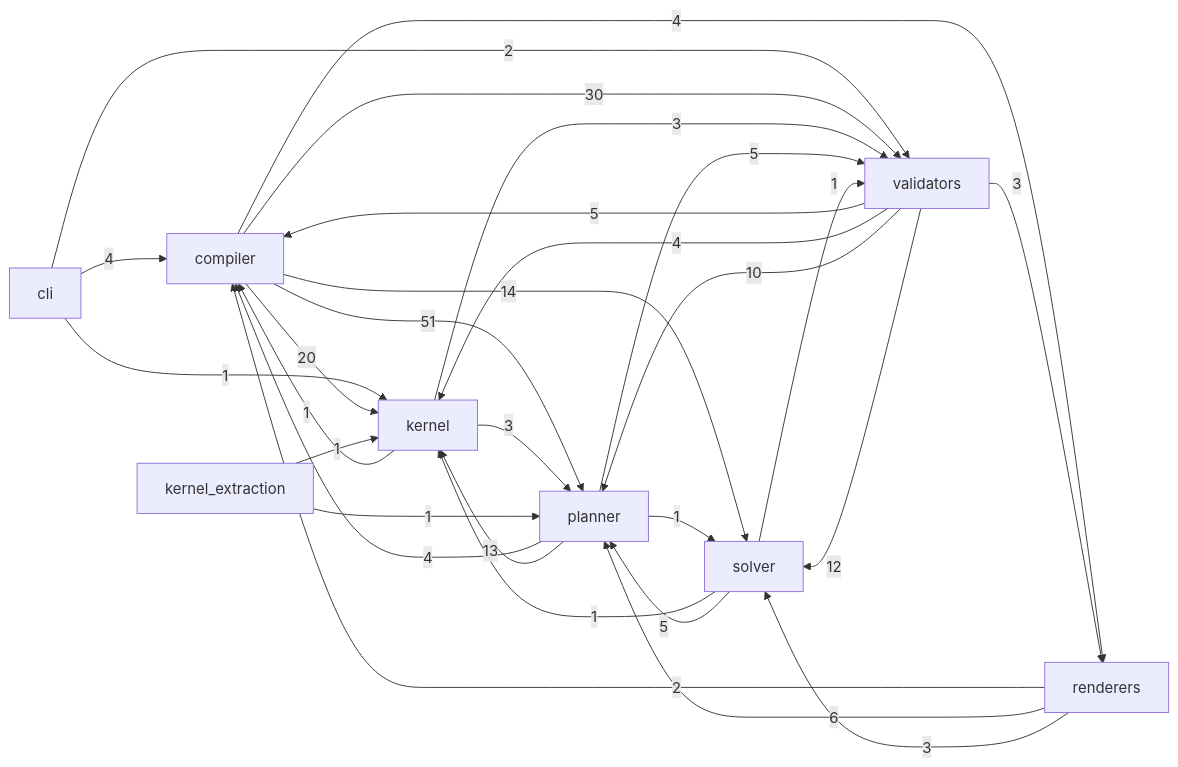
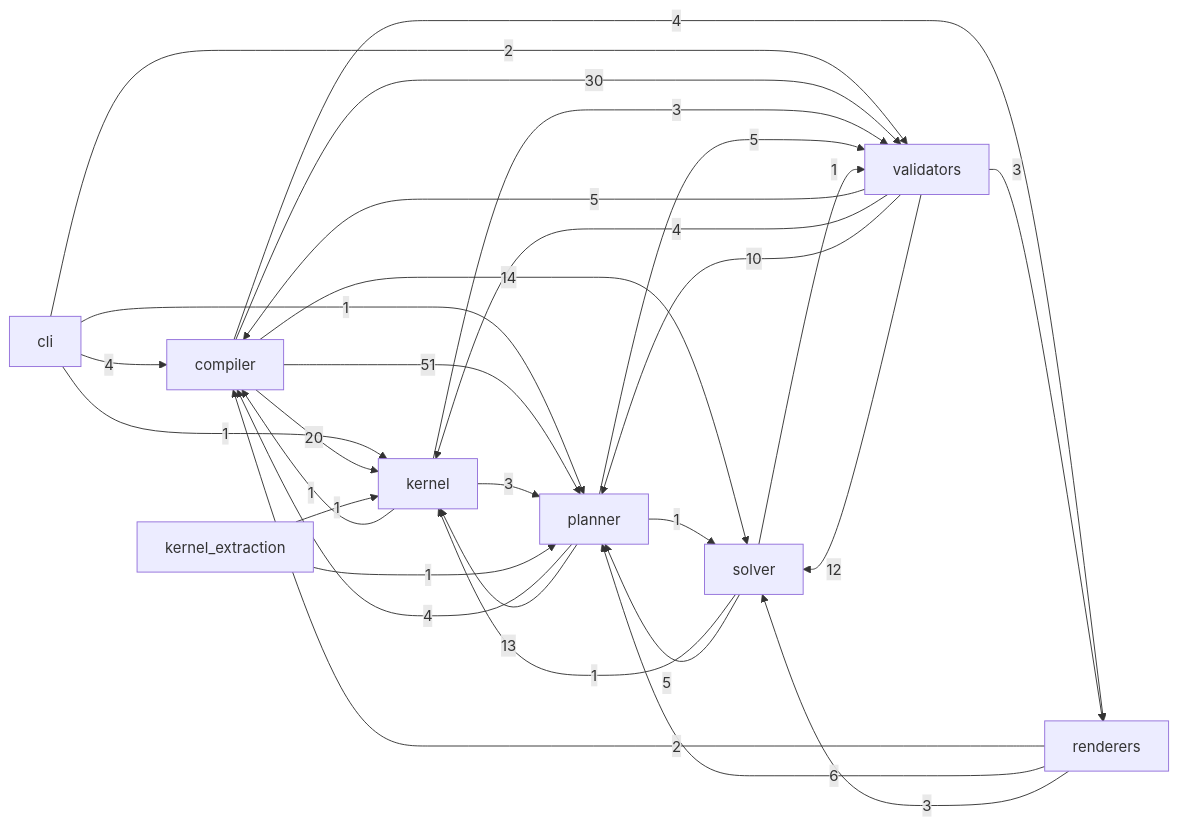
Before and after one commit to Kingsley-Cyber/cinematic-compiler-core: the diagram in docs/reference/code.md, drawn with Mermaid. The commit also changed other lines of this file and 11 other files, not shown here.

````diff
--- a/docs/reference/code.md
+++ b/docs/reference/code.md
@@ -15,31 +15,32 @@
 ```mermaid
 flowchart LR
   cli -->|4| compiler
   cli -->|1| kernel
+  cli -->|1| planner
   cli -->|2| validators
   compiler -->|20| kernel
   compiler -->|51| planner
   compiler -->|4| renderers
   compiler -->|14| solver
   compiler -->|30| validators
   kernel -->|1| compiler
   kernel -->|3| planner
   kernel -->|3| validators
   kernel_extraction -->|1| kernel
   kernel_extraction -->|1| planner
   planner -->|4| compiler
   planner -->|13| kernel
   planner -->|1| solver
   planner -->|5| validators
   renderers -->|2| compiler
   renderers -->|6| planner
   renderers -->|3| solver
   solver -->|1| kernel
   solver -->|5| planner
   solver -->|1| validators
   validators -->|5| compiler
   validators -->|4| kernel
   validators -->|10| planner
   validators -->|3| renderers
   validators -->|12| solver
 ```
````
